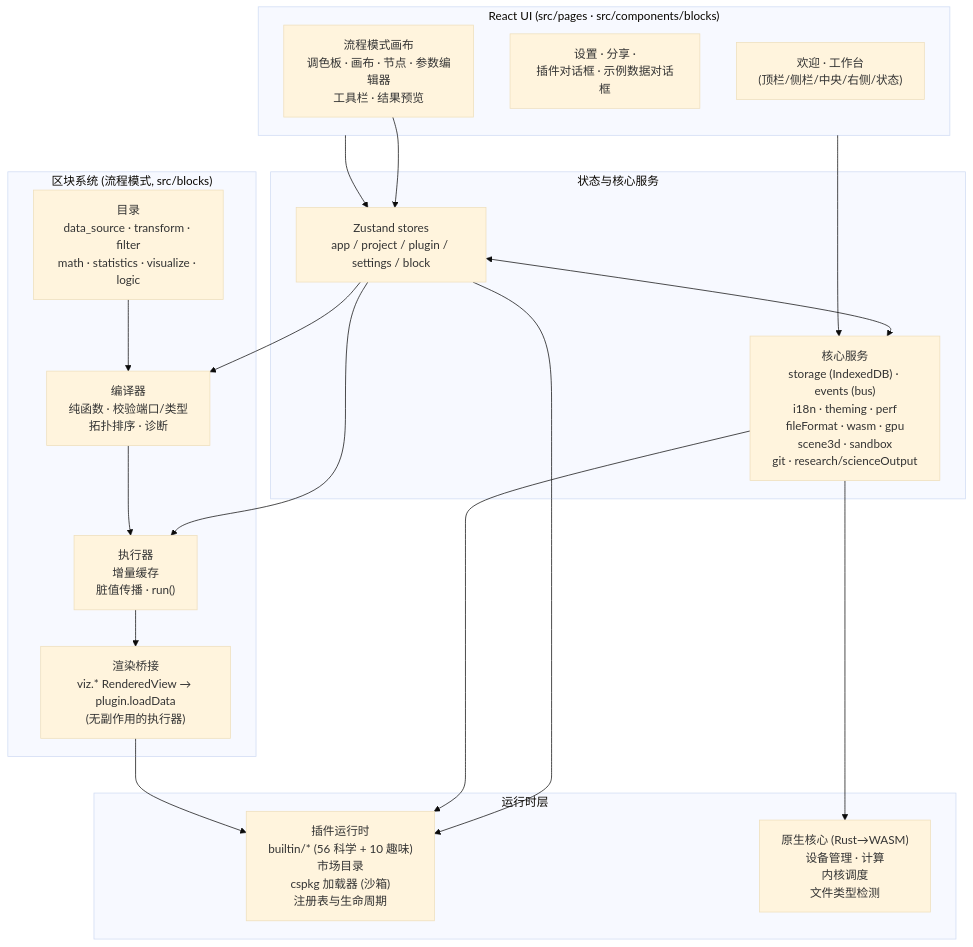
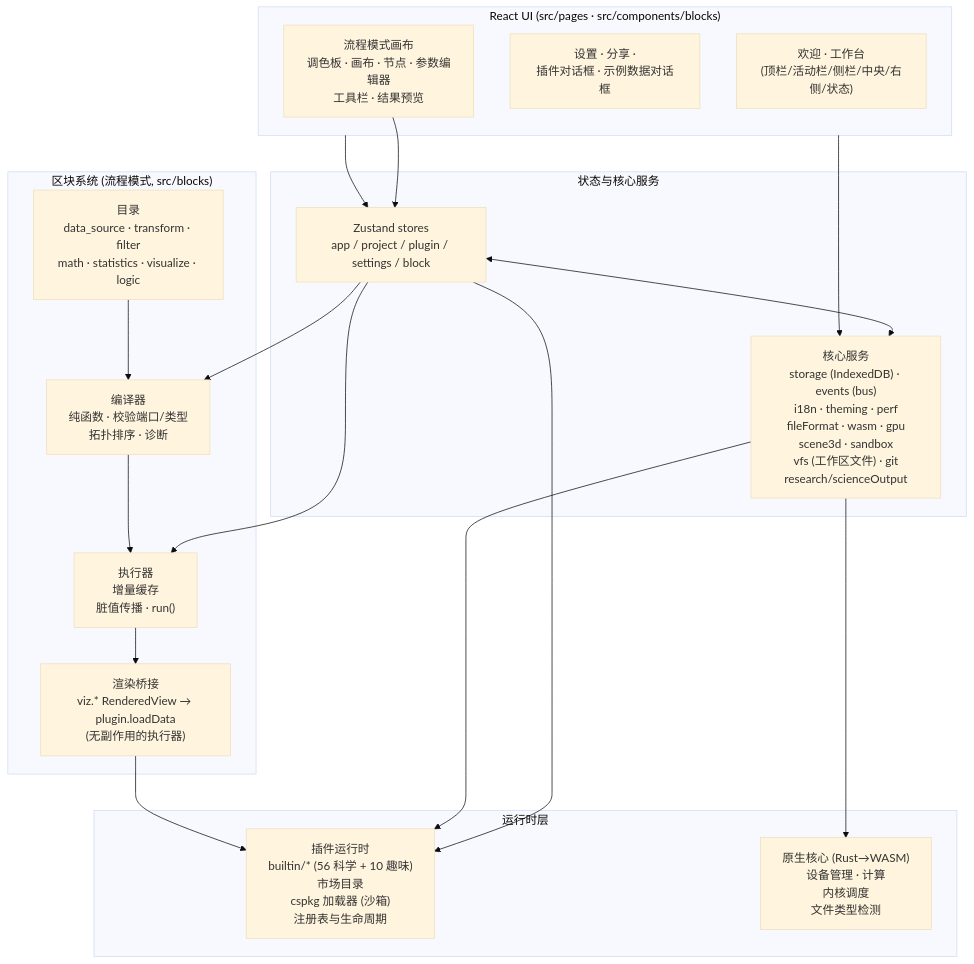
One commit to SnowLeopard-io/ErgalicsStudio changed the diagram in README.zh-CN.md. Above: the diagram before and after it, drawn with Mermaid (base theme). The commit also changed other lines of this file and 128 other files, not shown here.

````diff
--- a/README.zh-CN.md
+++ b/README.zh-CN.md
@@ -158,39 +170,39 @@
 ```mermaid
 flowchart TB
     subgraph UI["React UI (src/pages · src/components/blocks)"]
-        A1["欢迎 · 工作台<br/>(顶栏/侧栏/中央/右侧/状态)"]
+        A1["欢迎 · 工作台<br/>(顶栏/活动栏/侧栏/中央/右侧/状态)"]
         A2["设置 · 分享 ·<br/>插件对话框 · 示例数据对话框"]
         A3["流程模式画布<br/>调色板 · 画布 · 节点 · 参数编辑器<br/>工具栏 · 结果预览"]
     end
 
     subgraph State["状态与核心服务"]
         B1["Zustand stores<br/>app / project / plugin / settings / block"]
-        B2["核心服务<br/>storage (IndexedDB) · events (bus)<br/>i18n · theming · perf<br/>fileFormat · wasm · gpu<br/>scene3d · sandbox<br/>git · research/scienceOutput"]
+        B2["核心服务<br/>storage (IndexedDB) · events (bus)<br/>i18n · theming · perf<br/>fileFormat · wasm · gpu<br/>scene3d · sandbox<br/>vfs (工作区文件) · git<br/>research/scienceOutput"]
     end
 
     subgraph Blocks["区块系统 (流程模式, src/blocks)"]
         D1["目录<br/>data_source · transform · filter<br/>math · statistics · visualize · logic"]
         D2["编译器<br/>纯函数 · 校验端口/类型<br/>拓扑排序 · 诊断"]
         D3["执行器<br/>增量缓存<br/>脏值传播 · run()"]
         D4["渲染桥接<br/>viz.* RenderedView → plugin.loadData<br/>(无副作用的执行器)"]
     end
 
     subgraph Runtime["运行时层"]
         C1["插件运行时<br/>builtin/* (56 科学 + 10 趣味)<br/>市场目录<br/>cspkg 加载器 (沙箱)<br/>注册表与生命周期"]
         C2["原生核心 (Rust→WASM)<br/>设备管理 · 计算<br/>内核调度<br/>文件类型检测"]
     end
 
     UI --> B1
     UI --> B2
     B1 <--> B2
     B1 --> C1
     B2 --> C1
     B2 --> C2
     A3 --> B1
     B1 --> D2
     B1 --> D3
     D2 --> D3
     D1 --> D2
     D3 --> D4
     D4 --> C1
 ```
````
